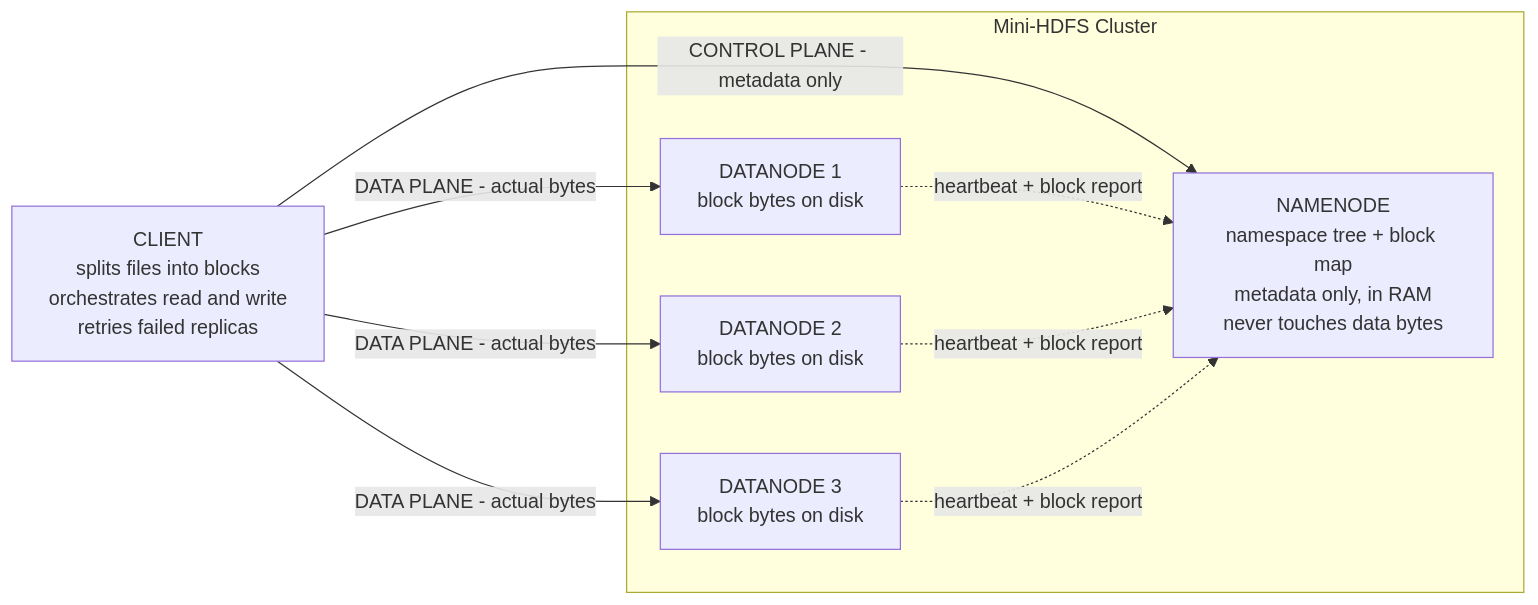
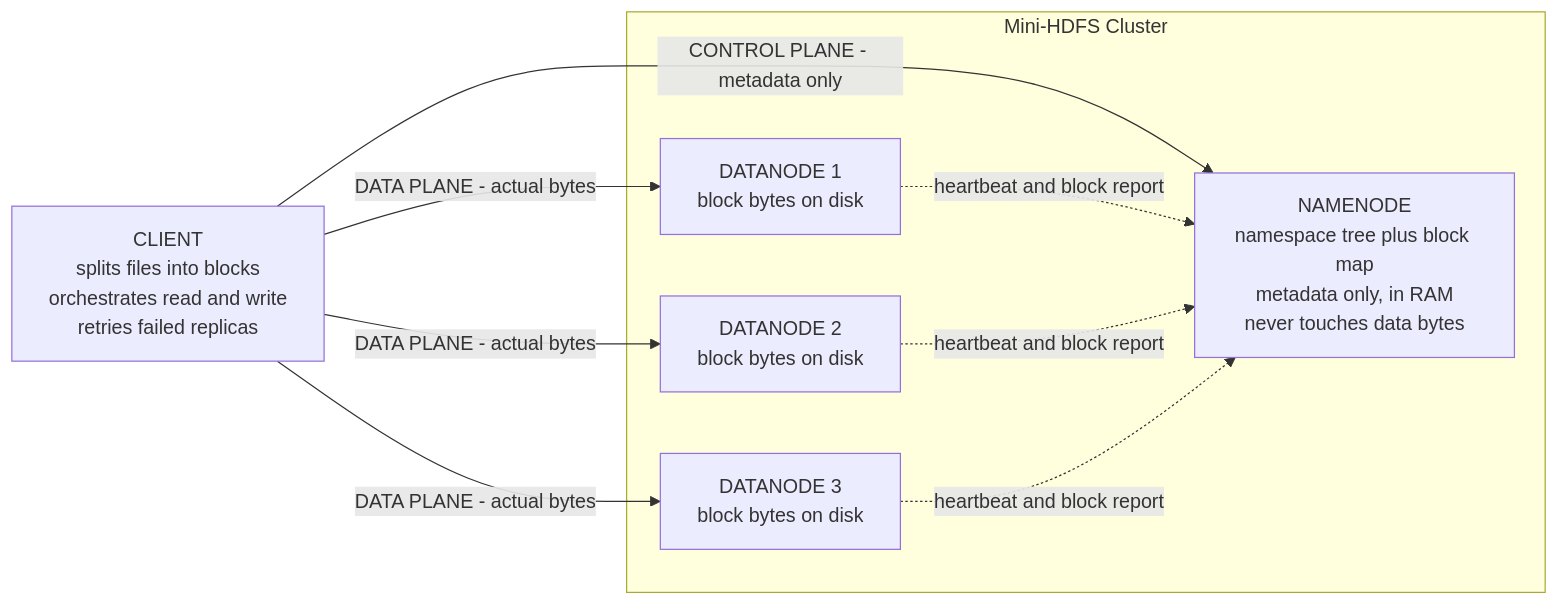
One commit to anurag06243/mini-hdfs changed the first of 4 diagrams in docs/uml/hld-architecture.md. Above: the diagram before and after it, drawn with Mermaid. The commit also changed other lines of this file, not shown here.

Commit message:
Fix Mermaid parse errors: remove slashes, parens, semicolons from labels

````diff
--- a/docs/uml/hld-architecture.md
+++ b/docs/uml/hld-architecture.md
@@ -23,20 +23,20 @@
 ```mermaid
 flowchart LR
     client["CLIENT<br/>splits files into blocks<br/>orchestrates read and write<br/>retries failed replicas"]
 
     subgraph cluster["Mini-HDFS Cluster"]
-        nn["NAMENODE<br/>namespace tree + block map<br/>metadata only, in RAM<br/>never touches data bytes"]
+        nn["NAMENODE<br/>namespace tree plus block map<br/>metadata only, in RAM<br/>never touches data bytes"]
         dn1["DATANODE 1<br/>block bytes on disk"]
         dn2["DATANODE 2<br/>block bytes on disk"]
         dn3["DATANODE 3<br/>block bytes on disk"]
     end
 
     client -->|"CONTROL PLANE - metadata only"| nn
     client -->|"DATA PLANE - actual bytes"| dn1
     client -->|"DATA PLANE - actual bytes"| dn2
     client -->|"DATA PLANE - actual bytes"| dn3
 
-    dn1 -.->|"heartbeat + block report"| nn
-    dn2 -.->|"heartbeat + block report"| nn
-    dn3 -.->|"heartbeat + block report"| nn
+    dn1 -.->|"heartbeat and block report"| nn
+    dn2 -.->|"heartbeat and block report"| nn
+    dn3 -.->|"heartbeat and block report"| nn
 ```
````
